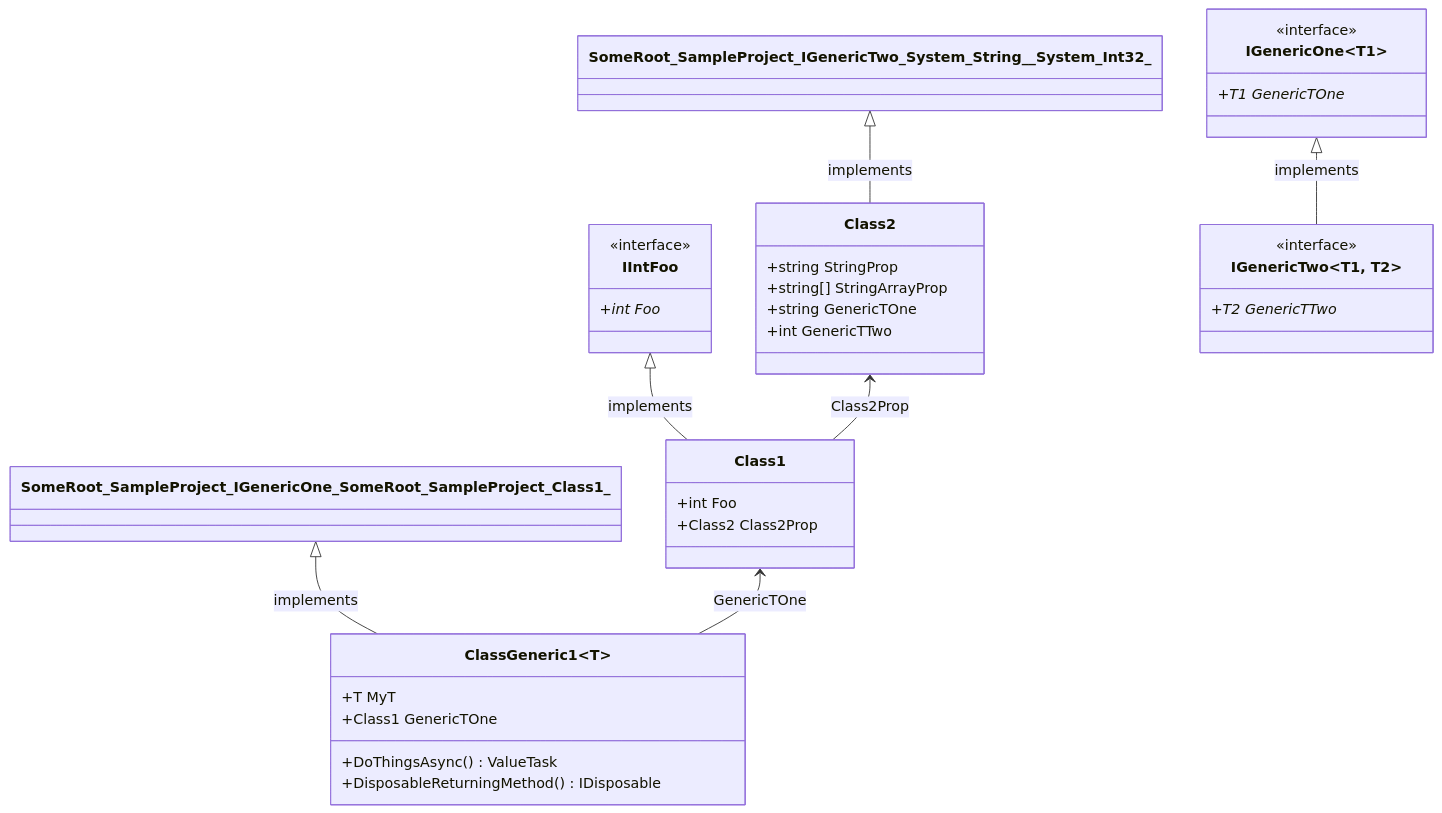
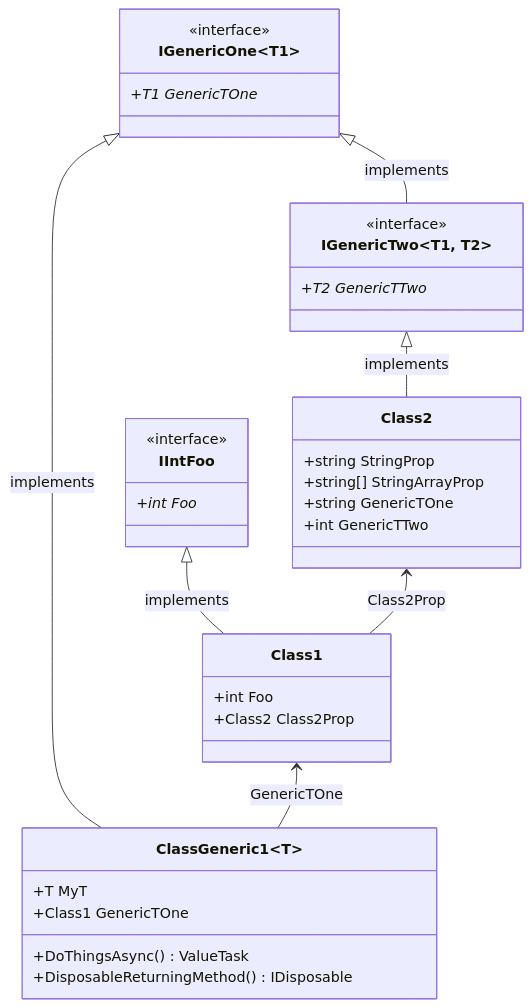
Before and after one commit to erichiller/gh-action-cs-metrics: the seventh of 7 diagrams in test/SampleProject/CODE_METRICS.md, drawn with Mermaid. The commit also changed other lines of this file, not shown here.

````diff
--- a/test/SampleProject/CODE_METRICS.md
+++ b/test/SampleProject/CODE_METRICS.md
@@ -323,47 +323,47 @@
 ```mermaid
 %%{init: {
     'fontFamily': 'monospace'
 } }%%
 classDiagram
 SomeRoot_SampleProject_IIntFoo <|-- SomeRoot_SampleProject_Class1 : implements
 SomeRoot_SampleProject_Class2 <-- SomeRoot_SampleProject_Class1 : Class2Prop
 class SomeRoot_SampleProject_Class1 ["Class1"] {
     +int Foo
     +Class2 Class2Prop
 }
 
-SomeRoot_SampleProject_IGenericTwo_System_String__System_Int32_ <|-- SomeRoot_SampleProject_Class2 : implements
+SomeRoot_SampleProject_IGenericTwo_T1_T2_ <|-- SomeRoot_SampleProject_Class2 : implements
 class SomeRoot_SampleProject_Class2 ["Class2"] {
     +string StringProp
     +string[] StringArrayProp
     +string GenericTOne
     +int GenericTTwo
 }
 
-SomeRoot_SampleProject_IGenericOne_SomeRoot_SampleProject_Class1_ <|-- SomeRoot_SampleProject_ClassGeneric1_T_ : implements
+SomeRoot_SampleProject_IGenericOne_T1_ <|-- SomeRoot_SampleProject_ClassGeneric1_T_ : implements
 SomeRoot_SampleProject_Class1 <-- SomeRoot_SampleProject_ClassGeneric1_T_ : GenericTOne
 class SomeRoot_SampleProject_ClassGeneric1_T_ ["ClassGeneric1&lt;T&gt;"] {
     +T MyT
     +Class1 GenericTOne
     +DoThingsAsync() ValueTask
     +DisposableReturningMethod() IDisposable
 }
 
 class SomeRoot_SampleProject_IGenericOne_T1_ ["IGenericOne&lt;T1&gt;"] {
     <<interface>>
     +T1 GenericTOne*
 }
 
-SomeRoot_SampleProject_IGenericOne_T1_ <|-- SomeRoot_SampleProject_IGenericTwo_T1__T2_ : implements
-class SomeRoot_SampleProject_IGenericTwo_T1__T2_ ["IGenericTwo&lt;T1, T2&gt;"] {
+SomeRoot_SampleProject_IGenericOne_T1_ <|-- SomeRoot_SampleProject_IGenericTwo_T1_T2_ : implements
+class SomeRoot_SampleProject_IGenericTwo_T1_T2_ ["IGenericTwo&lt;T1, T2&gt;"] {
     <<interface>>
     +T2 GenericTTwo*
 }
 
 class SomeRoot_SampleProject_IIntFoo ["IIntFoo"] {
     <<interface>>
     +int Foo*
 }
 
 
 ```
````
